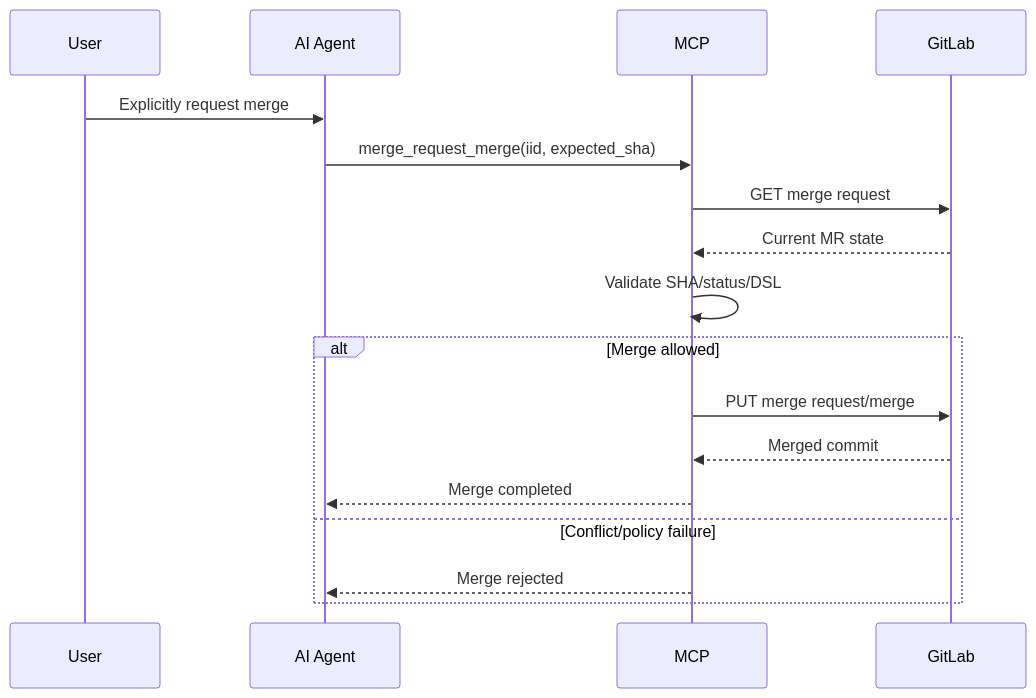
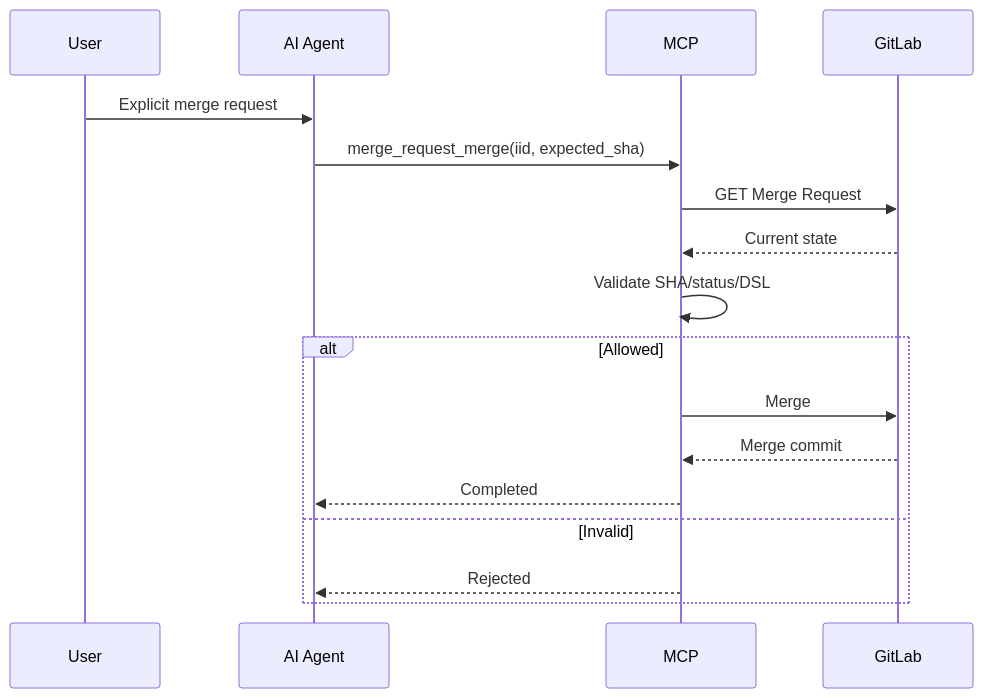
Diagram 14 of 15 in AGENTS.md (SkySai1/ArchRepoMCP), drawn with Mermaid before and after one commit. The commit also changed other lines of this file, not shown here.

````diff
--- a/AGENTS.md
+++ b/AGENTS.md
@@ -1030,21 +1319,21 @@
 ```mermaid
 sequenceDiagram
     participant U as User
     participant A as AI Agent
     participant M as MCP
     participant G as GitLab
 
-    U->>A: Explicitly request merge
+    U->>A: Explicit merge request
     A->>M: merge_request_merge(iid, expected_sha)
-    M->>G: GET merge request
-    G-->>M: Current MR state
+    M->>G: GET Merge Request
+    G-->>M: Current state
     M->>M: Validate SHA/status/DSL
 
-    alt Merge allowed
-        M->>G: PUT merge request/merge
-        G-->>M: Merged commit
-        M-->>A: Merge completed
-    else Conflict/policy failure
-        M-->>A: Merge rejected
+    alt Allowed
+        M->>G: Merge
+        G-->>M: Merge commit
+        M-->>A: Completed
+    else Invalid
+        M-->>A: Rejected
     end
 ```
````
